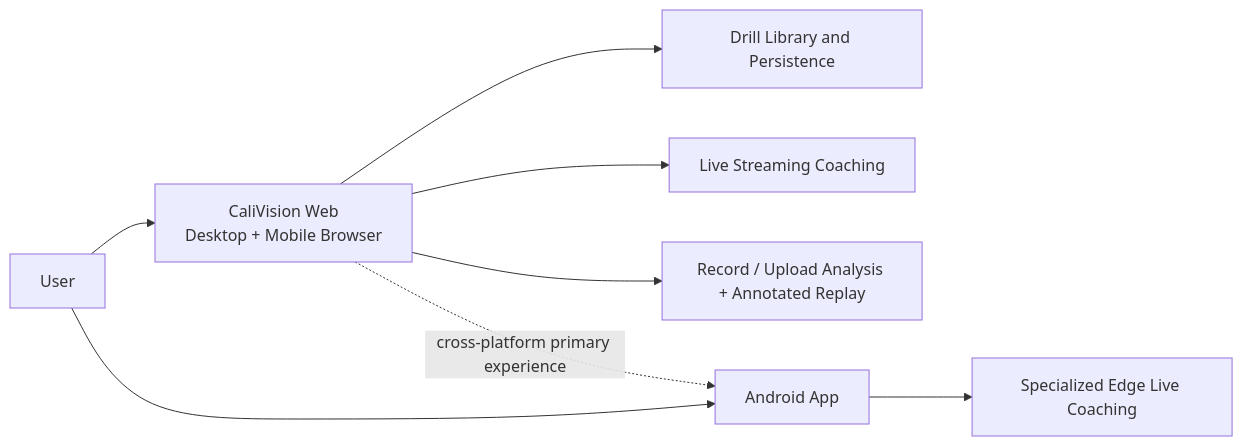
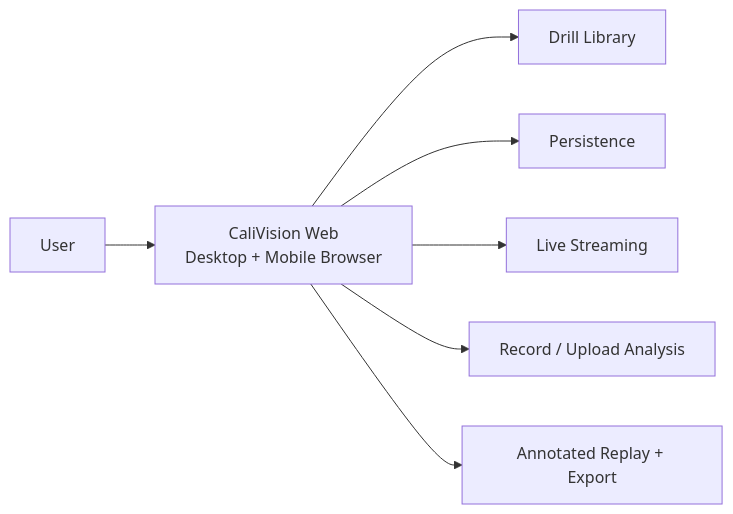
Before and after one commit to Voycepeh/CaliVision-Studio: the diagram in README.md, drawn with Mermaid.

Commit message:
Revise flowchart in README for system capabilities
Updated flowchart to reflect changes in system components.

````diff
--- a/README.md
+++ b/README.md
@@ -69,10 +69,10 @@
 ```mermaid
 flowchart LR
     U["User"] --> WS["CaliVision Web<br/>Desktop + Mobile Browser"]
-    WS --> DL["Drill Library and Persistence"]
-    WS --> LS["Live Streaming Coaching"]
-    WS --> UA["Record / Upload Analysis + Annotated Replay"]
-    U --> AA["Android App"]
-    AA --> LC["Specialized Edge Live Coaching"]
-    WS -. cross-platform primary experience .-> AA
+
+    WS --> DL["Drill Library"]
+    WS --> DP["Persistence"]
+    WS --> LS["Live Streaming"]
+    WS --> UA["Record / Upload Analysis"]
+    WS --> AR["Annotated Replay + Export"]
 ```
````
